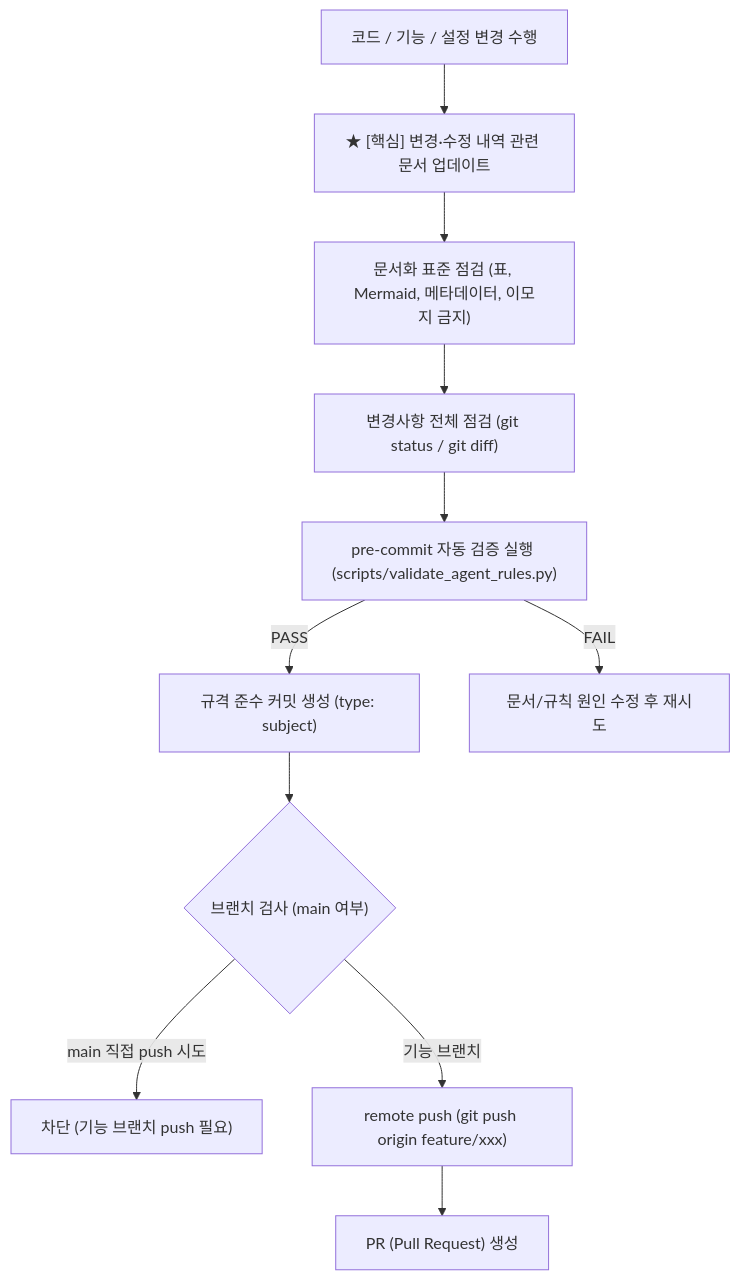
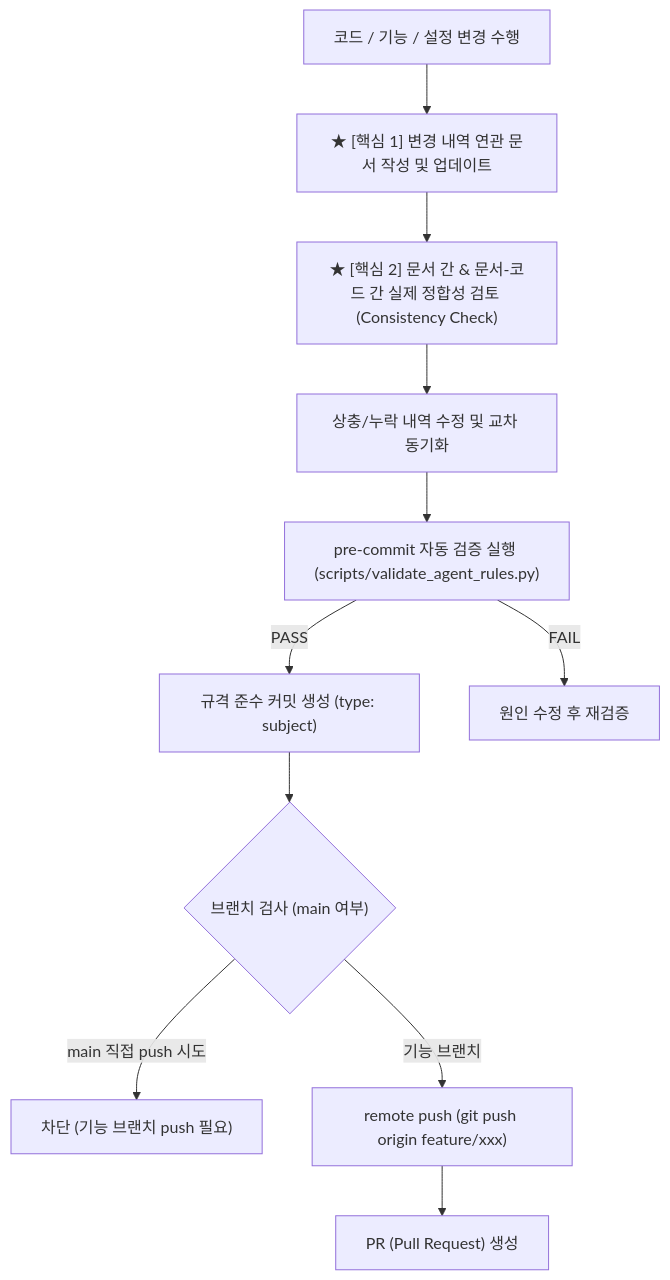
Before and after one commit to kwanbum217/refac_bid_box: the diagram in .opencode/skills/git-workflow/SKILL.md, drawn with Mermaid. The commit also changed other lines of this file and 3 other files, not shown here.

Commit message:
docs: add document consistency check to git-workflow skill

````diff
--- a/.opencode/skills/git-workflow/SKILL.md
+++ b/.opencode/skills/git-workflow/SKILL.md
@@ -42,13 +42,13 @@
 ```mermaid
 graph TD
-    A["코드 / 기능 / 설정 변경 수행"] --> B["★ [핵심] 변경·수정 내역 관련 문서 업데이트"]
-    B --> C["문서화 표준 점검 (표, Mermaid, 메타데이터, 이모지 금지)"]
-    C --> D["변경사항 전체 점검 (git status / git diff)"]
+    A["코드 / 기능 / 설정 변경 수행"] --> B["★ [핵심 1] 변경 내역 연관 문서 작성 및 업데이트"]
+    B --> C["★ [핵심 2] 문서 간 & 문서-코드 간 실제 정합성 검토 (Consistency Check)"]
+    C --> D["상충/누락 내역 수정 및 교차 동기화"]
     D --> E["pre-commit 자동 검증 실행 (scripts/validate_agent_rules.py)"]
     E -- "PASS" --> F["규격 준수 커밋 생성 (type: subject)"]
-    E -- "FAIL" --> G["문서/규칙 원인 수정 후 재시도"]
+    E -- "FAIL" --> G["원인 수정 후 재검증"]
     F --> H{"브랜치 검사 (main 여부)"}
     H -- "main 직접 push 시도" --> I["차단 (기능 브랜치 push 필요)"]
     H -- "기능 브랜치" --> J["remote push (git push origin feature/xxx)"]
     J --> K["PR (Pull Request) 생성"]
 ```
````
